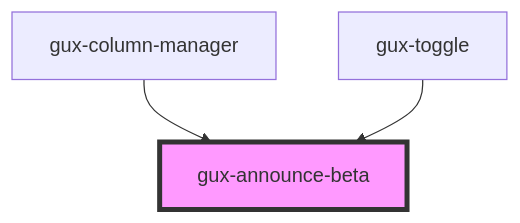
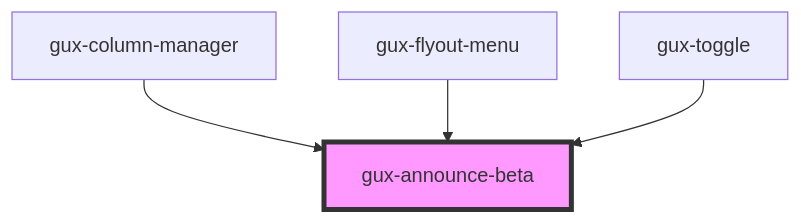
One commit to MyPureCloud/genesys-spark changed the diagram in packages/genesys-spark-components/src/components/beta/gux-announce/readme.md. Above: the diagram before and after it, drawn with Mermaid. The commit also changed other lines of this file and 11 other files, not shown here.

````diff
--- a/packages/genesys-spark-components/src/components/beta/gux-announce/readme.md
+++ b/packages/genesys-spark-components/src/components/beta/gux-announce/readme.md
@@ -46,6 +47,7 @@
 ```mermaid
 graph TD;
   gux-column-manager --> gux-announce-beta
+  gux-flyout-menu --> gux-announce-beta
   gux-toggle --> gux-announce-beta
   style gux-announce-beta fill:#f9f,stroke:#333,stroke-width:4px
 ```
````
